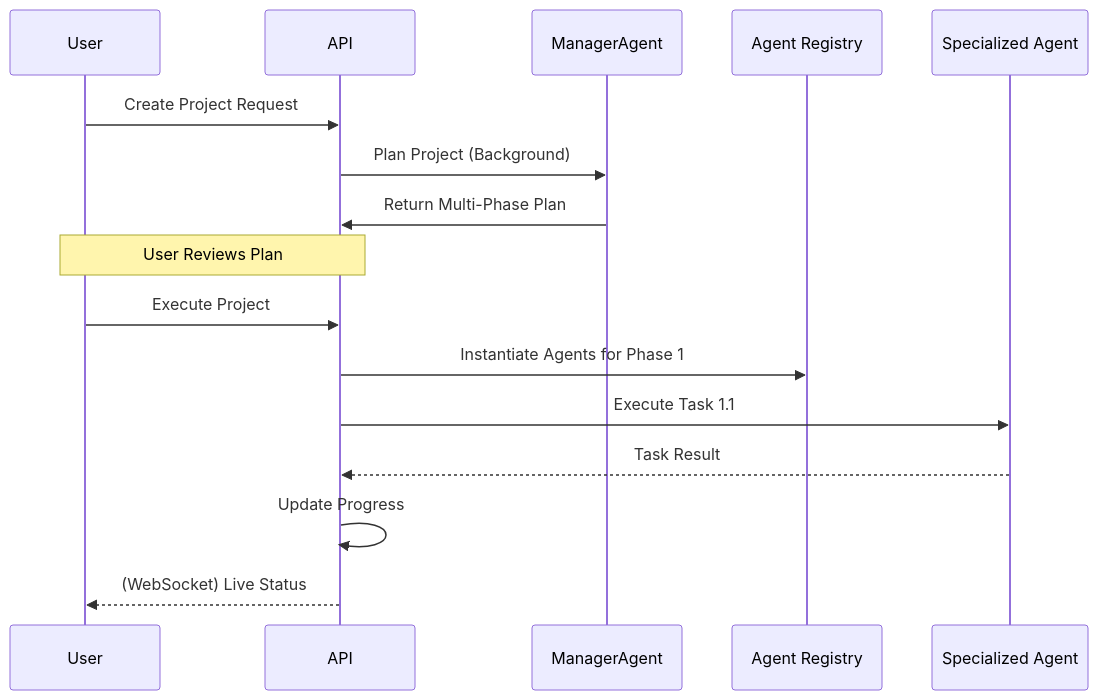
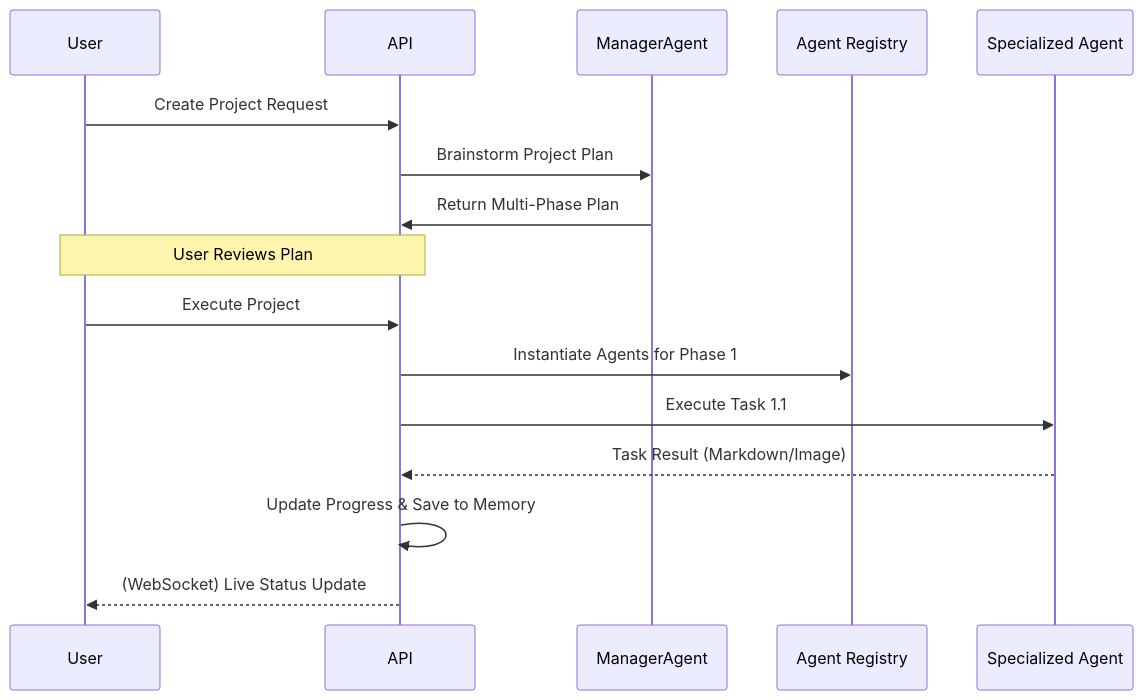
One commit to madhurtyagii/Nexus-Ai changed the second of 2 diagrams in docs/ARCHITECTURE.md. Above: the diagram before and after it, drawn with Mermaid. The commit also changed other lines of this file and 6 other files, not shown here.

Commit message:
docs: Comprehensive documentation update (8 agents, VisualAgent chat mode, LLMManager, Groq support, and architecture diagrams)

````diff
--- a/docs/ARCHITECTURE.md
+++ b/docs/ARCHITECTURE.md
@@ -48,19 +58,19 @@
 ```mermaid
 sequenceDiagram
     participant User
     participant API
     participant Manager as ManagerAgent
     participant Registry as Agent Registry
     participant Agent as Specialized Agent
     
     User->>API: Create Project Request
-    API->>Manager: Plan Project (Background)
+    API->>Manager: Brainstorm Project Plan
     Manager->>API: Return Multi-Phase Plan
     Note over User, API: User Reviews Plan
     User->>API: Execute Project
     API->>Registry: Instantiate Agents for Phase 1
     API->>Agent: Execute Task 1.1
-    Agent-->>API: Task Result
-    API->>API: Update Progress
-    API-->>User: (WebSocket) Live Status
+    Agent-->>API: Task Result (Markdown/Image)
+    API->>API: Update Progress & Save to Memory
+    API-->>User: (WebSocket) Live Status Update
 ```
````
